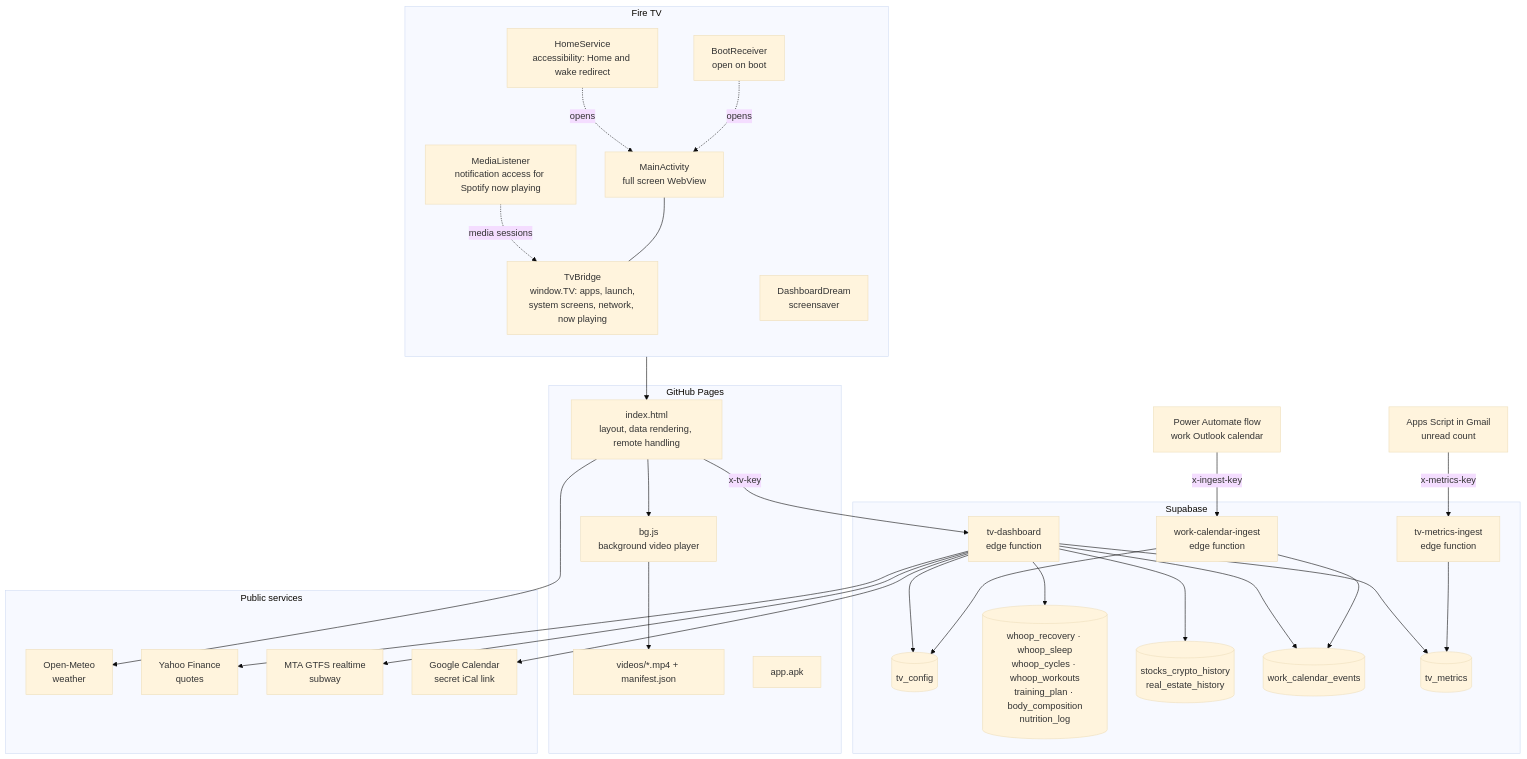
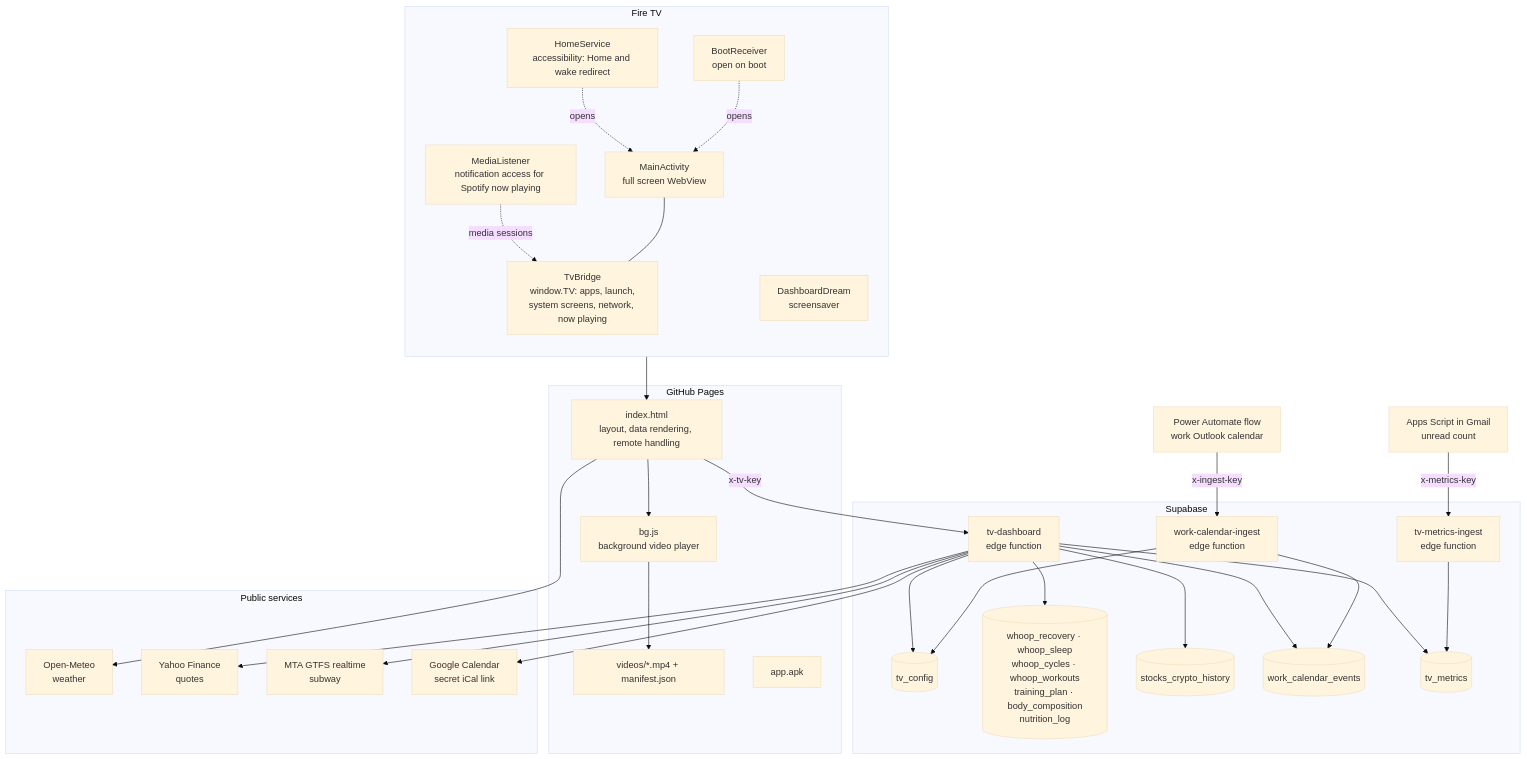
The first of 4 diagrams in docs/architecture.md (fernandomartinez-de/home-HQ), drawn with Mermaid (base theme) before and after one commit. The commit also changed 4 other files, not shown here.

First line of the commit message:
Portfolio: stocks and crypto only, no retirement or home equity

````diff
--- a/docs/architecture.md
+++ b/docs/architecture.md
@@ -8,54 +8,54 @@
 ```mermaid
 flowchart TB
     subgraph TV["Fire TV"]
         direction TB
         MA["MainActivity<br/>full screen WebView"]
         BR["TvBridge<br/>window.TV: apps, launch,<br/>system screens, network, now playing"]
         HS["HomeService<br/>accessibility: Home and wake redirect"]
         ML["MediaListener<br/>notification access for Spotify now playing"]
         ML -. media sessions .-> BR
         DR["DashboardDream<br/>screensaver"]
         BT["BootReceiver<br/>open on boot"]
         MA --- BR
         HS -. opens .-> MA
         BT -. opens .-> MA
     end
 
     subgraph WEB["GitHub Pages"]
         IDX["index.html<br/>layout, data rendering, remote handling"]
         BG["bg.js<br/>background video player"]
         VID["videos/*.mp4 + manifest.json"]
         APK["app.apk"]
     end
 
     subgraph SUPA["Supabase"]
         TVF["tv-dashboard<br/>edge function"]
         INF["work-calendar-ingest<br/>edge function"]
         CFG[("tv_config")]
         HEALTH[("whoop_recovery · whoop_sleep<br/>whoop_cycles · whoop_workouts<br/>training_plan · body_composition<br/>nutrition_log")]
-        FIN[("stocks_crypto_history<br/>real_estate_history")]
+        FIN[("stocks_crypto_history")]
         WCAL[("work_calendar_events")]
         MET[("tv_metrics")]
         MI["tv-metrics-ingest<br/>edge function"]
     end
 
     subgraph OUT["Public services"]
         OM["Open-Meteo<br/>weather"]
         YF["Yahoo Finance<br/>quotes"]
         MTA["MTA GTFS realtime<br/>subway"]
         GCAL["Google Calendar<br/>secret iCal link"]
     end
 
     PAF["Power Automate flow<br/>work Outlook calendar"]
     GAS["Apps Script in Gmail<br/>unread count"]
 
     MA --> IDX
     IDX --> BG --> VID
     IDX --> OM
     IDX -- "x-tv-key" --> TVF
     TVF --> CFG & HEALTH & FIN & WCAL & MET
     TVF --> YF & MTA & GCAL
     PAF -- "x-ingest-key" --> INF --> WCAL
     INF --> CFG
     GAS -- "x-metrics-key" --> MI --> MET
 ```
````
